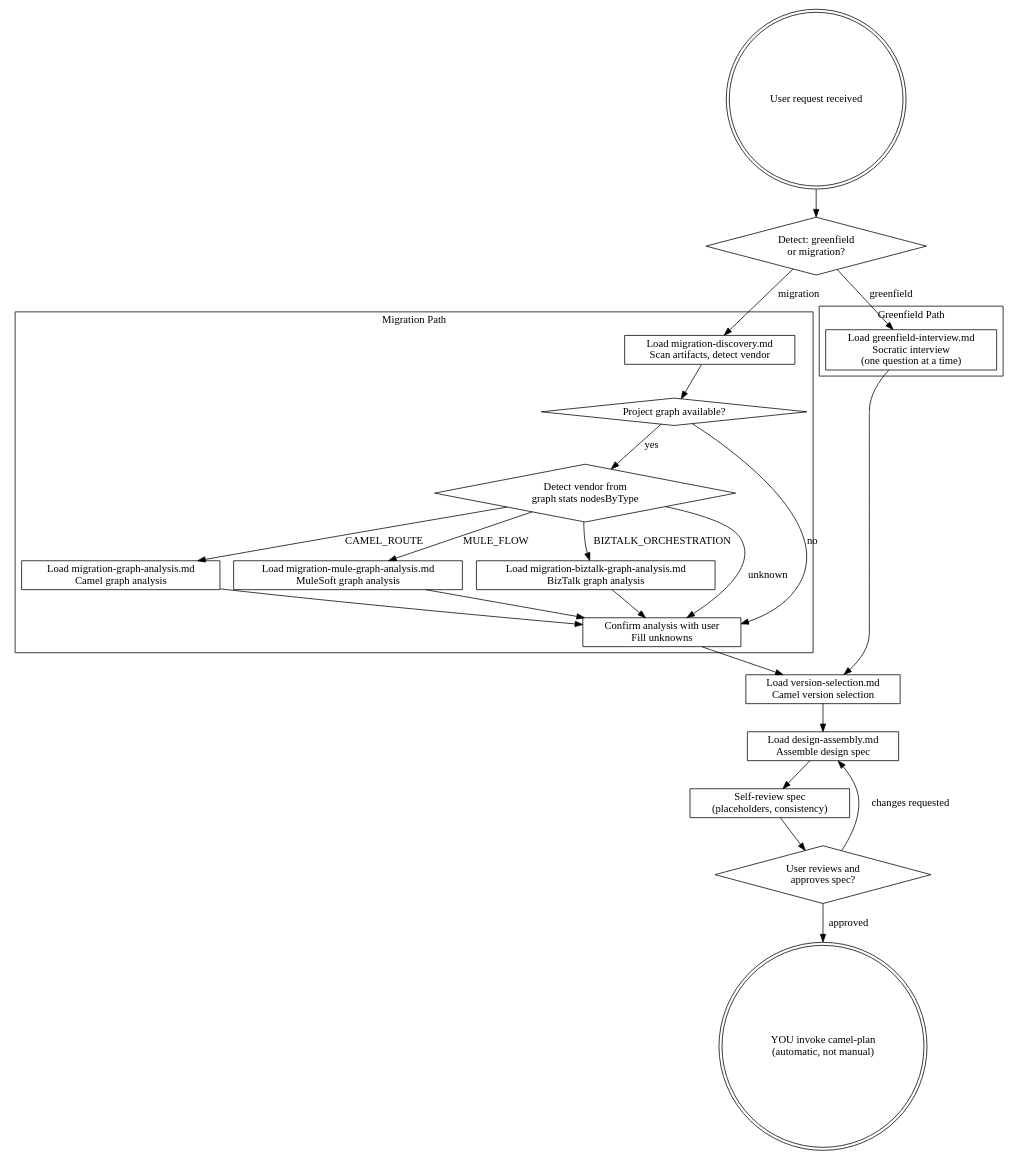
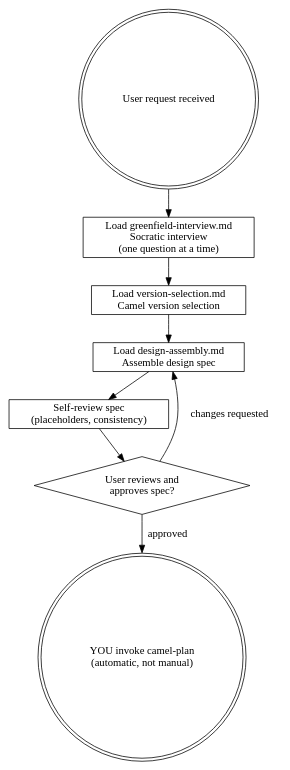
One commit to luigidemasi/camel-kit changed the diagram in camel-kit-core/src/main/resources/skills/camel-brainstorm/SKILL.md. Above: the diagram before and after it, drawn with Graphviz. The commit also changed other lines of this file and 213 other files, not shown here.

````diff
--- a/camel-kit-core/src/main/resources/skills/camel-brainstorm/SKILL.md
+++ b/camel-kit-core/src/main/resources/skills/camel-brainstorm/SKILL.md
@@ -85,54 +85,21 @@
 ```dot
 digraph brainstorm {
     rankdir=TB;
-    
+
     start [label="User request received", shape=doublecircle];
-    detect [label="Detect: greenfield\nor migration?", shape=diamond];
-    
-    subgraph cluster_greenfield {
-        label="Greenfield Path";
-        gf_interview [label="Load greenfield-interview.md\nSocratic interview\n(one question at a time)", shape=box];
-    }
-    
-    subgraph cluster_migration {
-        label="Migration Path";
-        mg_discovery [label="Load migration-discovery.md\nScan artifacts, detect vendor", shape=box];
-        mg_graph [label="Project graph available?", shape=diamond];
-        mg_vendor [label="Detect vendor from\ngraph stats nodesByType", shape=diamond];
-        mg_graph_camel [label="Load migration-graph-analysis.md\nCamel graph analysis", shape=box];
-        mg_graph_mule [label="Load migration-mule-graph-analysis.md\nMuleSoft graph analysis", shape=box];
-        mg_graph_biztalk [label="Load migration-biztalk-graph-analysis.md\nBizTalk graph analysis", shape=box];
-        mg_confirm [label="Confirm analysis with user\nFill unknowns", shape=box];
-    }
-    
+    gf_interview [label="Load greenfield-interview.md\nSocratic interview\n(one question at a time)", shape=box];
     version [label="Load version-selection.md\nCamel version selection", shape=box];
     design [label="Load design-assembly.md\nAssemble design spec", shape=box];
     review [label="Self-review spec\n(placeholders, consistency)", shape=box];
     user_approve [label="User reviews and\napproves spec?", shape=diamond];
     plan [label="YOU invoke camel-plan\n(automatic, not manual)", shape=doublecircle];
-    
-    start -> detect;
-    detect -> gf_interview [label="greenfield"];
-    detect -> mg_discovery [label="migration"];
-    
+
+    start -> gf_interview;
     gf_interview -> version;
-    
-    mg_discovery -> mg_graph;
-    mg_graph -> mg_vendor [label="yes"];
-    mg_graph -> mg_confirm [label="no"];
-    mg_vendor -> mg_graph_camel [label="CAMEL_ROUTE"];
-    mg_vendor -> mg_graph_mule [label="MULE_FLOW"];
-    mg_vendor -> mg_graph_biztalk [label="BIZTALK_ORCHESTRATION"];
-    mg_vendor -> mg_confirm [label="unknown"];
-    mg_graph_camel -> mg_confirm;
-    mg_graph_mule -> mg_confirm;
-    mg_graph_biztalk -> mg_confirm;
-    mg_confirm -> version;
-    
     version -> design;
     design -> review;
     review -> user_approve;
     user_approve -> design [label="changes requested"];
     user_approve -> plan [label="approved"];
 }
 ```
````
